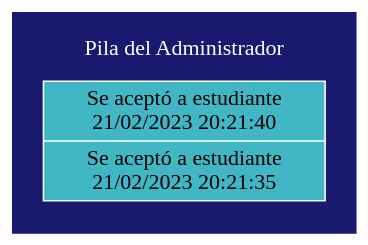
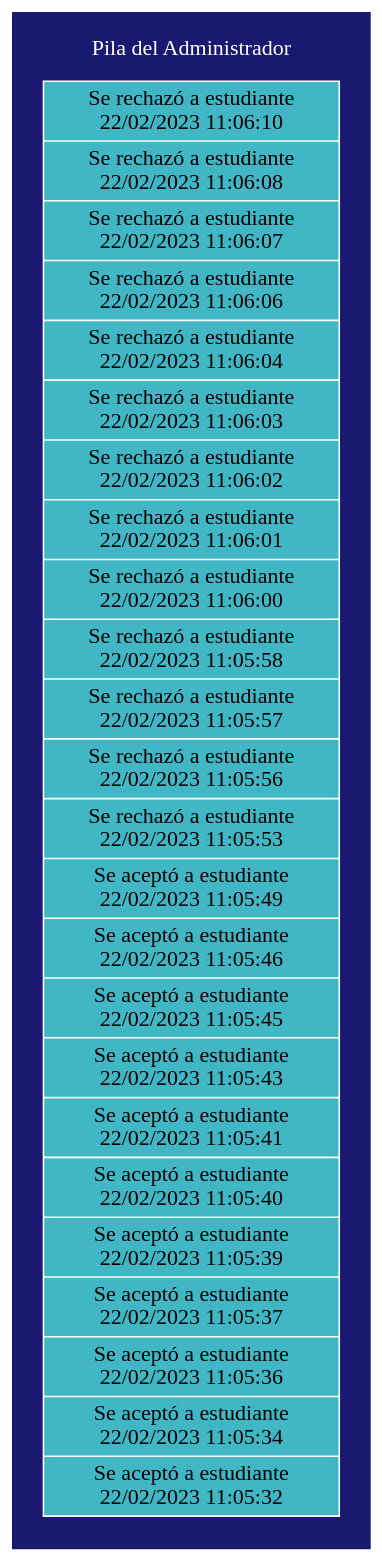
One commit to Damaris-Muralles/EDD_GoDrive changed the diagram in EDD_Proyecto1_Fase1/reportes/reportes_pila_admin/reporte_acciones_admin.dot. Above: the diagram before and after it, drawn with Graphviz. The commit also changed 20 other files, not shown here.

```diff
--- a/EDD_Proyecto1_Fase1/reportes/reportes_pila_admin/reporte_acciones_admin.dot
+++ b/EDD_Proyecto1_Fase1/reportes/reportes_pila_admin/reporte_acciones_admin.dot
@@ -1,14 +1,14 @@
 
 digraph G {
 	rankdir =LR
 	node [shape=record, colorscheme=ylgnbu9,style=filled, color=white];
 	bgcolor=	midnightblue;
 	fontcolor=white;
 	fontname="Comic Sans MS";
 	subgraph cluster_0 {
 		color=	midnightblue;
 		label = "Pila del Administrador";
 		struct1 [fillcolor=5,label="
-	Se aceptó a estudiante&#92;n 21/02/2023 20:21:40|Se aceptó a estudiante&#92;n 21/02/2023 20:21:35"];
+	Se rechazó a estudiante&#92;n 22/02/2023 11:06:10|Se rechazó a estudiante&#92;n 22/02/2023 11:06:08|Se rechazó a estudiante&#92;n 22/02/2023 11:06:07|Se rechazó a estudiante&#92;n 22/02/2023 11:06:06|Se rechazó a estudiante&#92;n 22/02/2023 11:06:04|Se rechazó a estudiante&#92;n 22/02/2023 11:06:03|Se rechazó a estudiante&#92;n 22/02/2023 11:06:02|Se rechazó a estudiante&#92;n 22/02/2023 11:06:01|Se rechazó a estudiante&#92;n 22/02/2023 11:06:00|Se rechazó a estudiante&#92;n 22/02/2023 11:05:58|Se rechazó a estudiante&#92;n 22/02/2023 11:05:57|Se rechazó a estudiante&#92;n 22/02/2023 11:05:56|Se rechazó a estudiante&#92;n 22/02/2023 11:05:53|Se aceptó a estudiante&#92;n 22/02/2023 11:05:49|Se aceptó a estudiante&#92;n 22/02/2023 11:05:46|Se aceptó a estudiante&#92;n 22/02/2023 11:05:45|Se aceptó a estudiante&#92;n 22/02/2023 11:05:43|Se aceptó a estudiante&#92;n 22/02/2023 11:05:41|Se aceptó a estudiante&#92;n 22/02/2023 11:05:40|Se aceptó a estudiante&#92;n 22/02/2023 11:05:39|Se aceptó a estudiante&#92;n 22/02/2023 11:05:37|Se aceptó a estudiante&#92;n 22/02/2023 11:05:36|Se aceptó a estudiante&#92;n 22/02/2023 11:05:34|Se aceptó a estudiante&#92;n 22/02/2023 11:05:32"];
 	}
 }
```
